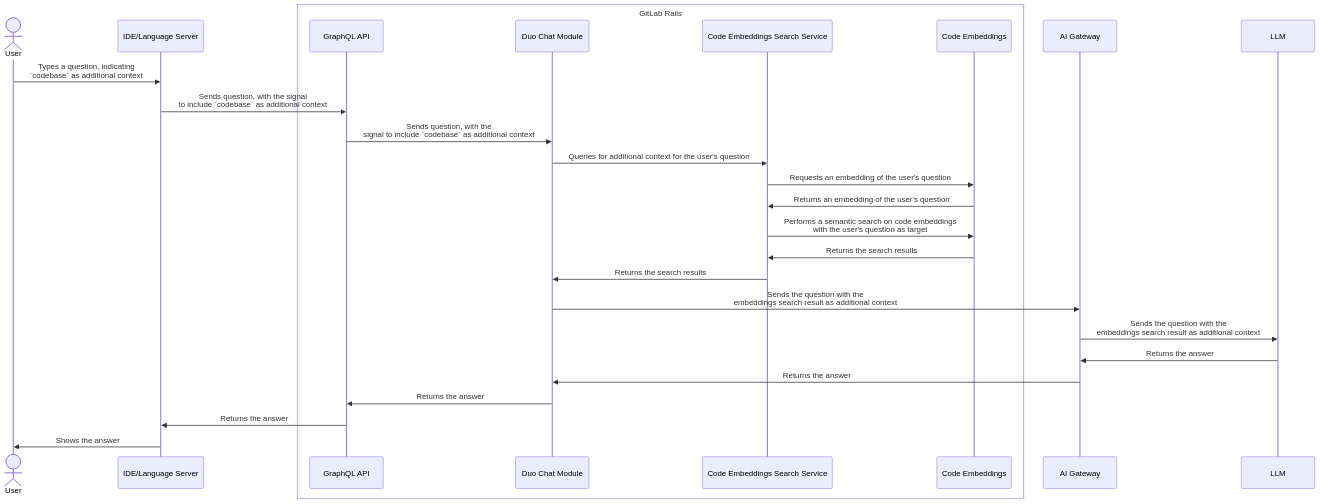
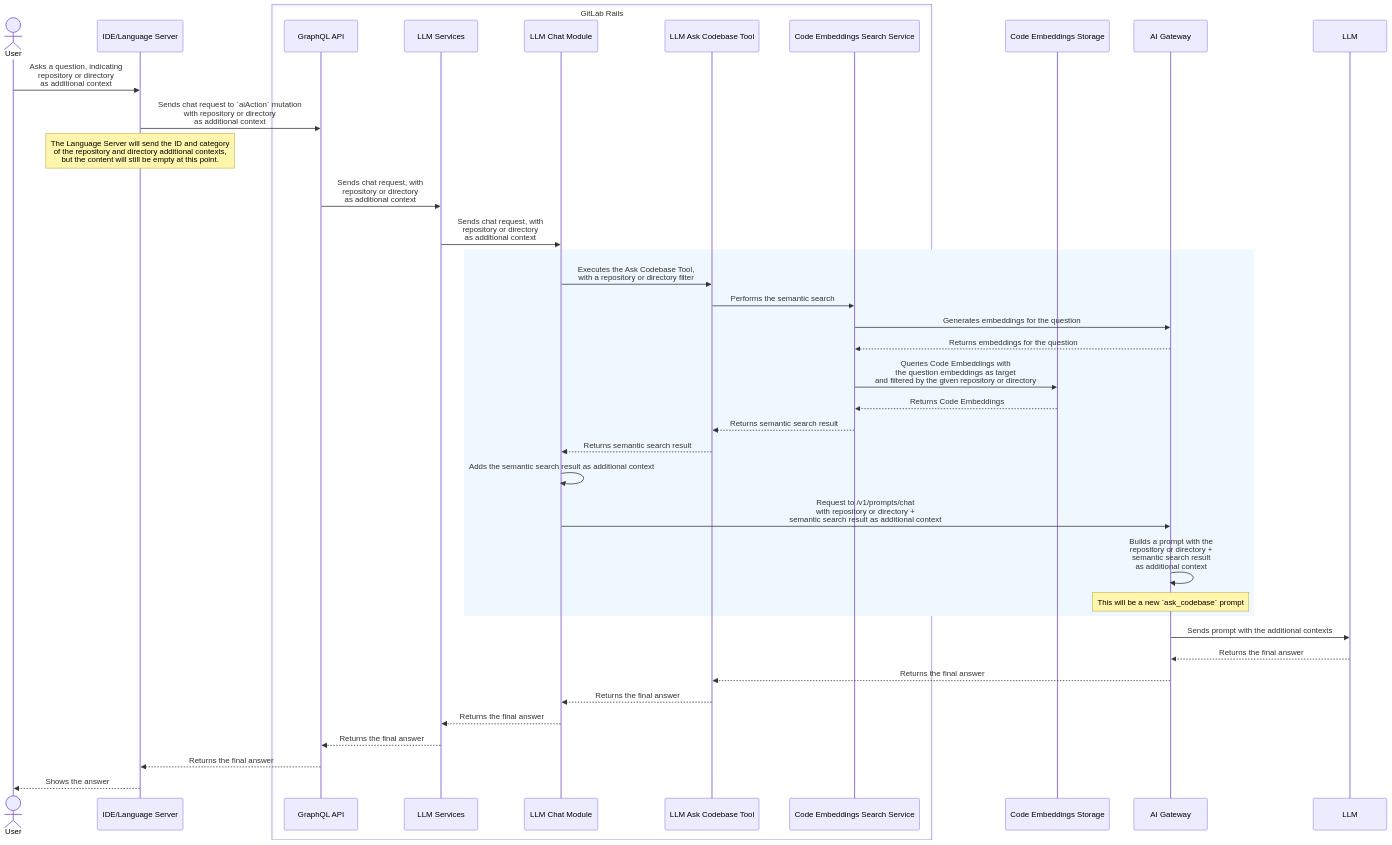
One commit to zalyoung/gitlab-handbook changed the third of 3 diagrams in content/handbook/engineering/architecture/design-documents/codebase_as_chat_context/_index.md. Above: the diagram before and after it, drawn with Mermaid. The commit also changed other lines of this file, not shown here.

````diff
--- a/content/handbook/engineering/architecture/design-documents/codebase_as_chat_context/_index.md
+++ b/content/handbook/engineering/architecture/design-documents/codebase_as_chat_context/_index.md
@@ -133,30 +395,50 @@
 ```mermaid
 sequenceDiagram
     actor USR as User
     participant FE as IDE/Language Server
     box GitLab Rails
       participant GLRGQL as GraphQL API
-      participant GLRDUO as Duo Chat Module
+      participant GLRLLMS as LLM Services
+      participant GLRLLMCHAT as LLM Chat Module
+      participant GLRLLMAC as LLM Ask Codebase Tool
       participant CES as Code Embeddings Search Service
-      participant CE as Code Embeddings
     end
+    participant CE as Code Embeddings Storage
     participant AIGW as AI Gateway
     participant LLM as LLM
 
-    USR->>FE: Types a question, indicating<br /> `codebase` as additional context
-    FE->>GLRGQL: Sends question, with the signal<br /> to include `codebase` as additional context
-    GLRGQL->>GLRDUO: Sends question, with the<br /> signal to include `codebase` as additional context
-    GLRDUO->>CES: Queries for additional context for the user's question
-    CES->>CE: Requests an embedding of the user's question
-    CE->>CES: Returns an embedding of the user's question
-    CES->>CE: Performs a semantic search on code embeddings<br /> with the user's question as target
-    CE->>CES: Returns the search results
-    CES->>GLRDUO: Returns the search results
-    GLRDUO->>AIGW: Sends the question with the<br /> embeddings search result as additional context
-    AIGW->>LLM: Sends the question with the<br /> embeddings search result as additional context
-    LLM->>AIGW: Returns the answer
-    AIGW->>GLRDUO: Returns the answer
-    GLRDUO->>GLRGQL: Returns the answer
-    GLRGQL->>FE: Returns the answer
-    FE->>USR: Shows the answer
+    USR->>FE: Asks a question, indicating<br /> repository or directory<br /> as additional context
+
+    FE->>GLRGQL: Sends chat request to `aiAction` mutation<br /> with repository or directory<br /> as additional context
+    Note over FE: The Language Server will send the ID and category<br /> of the repository and directory additional contexts,<br /> but the content will still be empty at this point.
+    GLRGQL->>GLRLLMS: Sends chat request, with<br /> repository or directory<br /> as additional context
+    GLRLLMS->>GLRLLMCHAT: Sends chat request, with<br /> repository or directory<br /> as additional context
+
+    rect rgb(240, 248, 255)
+      GLRLLMCHAT->>GLRLLMAC: Executes the Ask Codebase Tool,<br /> with a repository or directory filter
+      GLRLLMAC->>CES: Performs the semantic search
+
+      CES->>AIGW: Generates embeddings for the question
+      AIGW-->>CES: Returns embeddings for the question
+      CES->>CE: Queries Code Embeddings with<br /> the question embeddings as target<br /> and filtered by the given repository or directory
+      CE-->>CES: Returns Code Embeddings
+      CES-->>GLRLLMAC: Returns semantic search result
+
+      GLRLLMAC-->>GLRLLMCHAT: Returns semantic search result
+      GLRLLMCHAT->>GLRLLMCHAT: Adds the semantic search result as additional context
+
+      GLRLLMCHAT->>AIGW: Request to /v1/prompts/chat<br /> with repository or directory +<br /> semantic search result as additional context
+      AIGW->>AIGW: Builds a prompt with the<br /> repository or directory +<br /> semantic search result<br /> as additional context
+      Note over AIGW: This will be a new `ask_codebase` prompt
+    end
+
+    AIGW->>LLM: Sends prompt with the additional contexts
+
+    LLM-->>AIGW: Returns the final answer
+    AIGW-->>GLRLLMAC: Returns the final answer
+    GLRLLMAC-->>GLRLLMCHAT: Returns the final answer
+    GLRLLMCHAT-->>GLRLLMS: Returns the final answer
+    GLRLLMS-->>GLRGQL: Returns the final answer
+    GLRGQL-->>FE: Returns the final answer
+    FE-->>USR: Shows the answer
 ```
````
